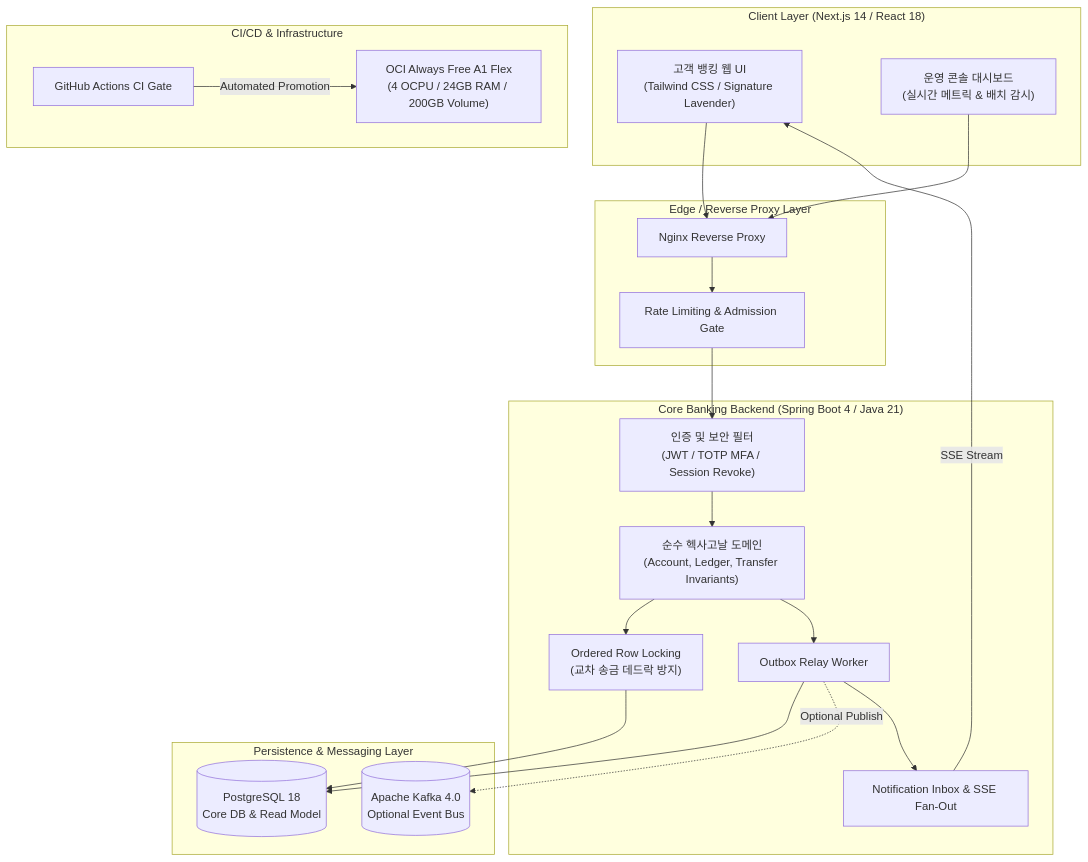
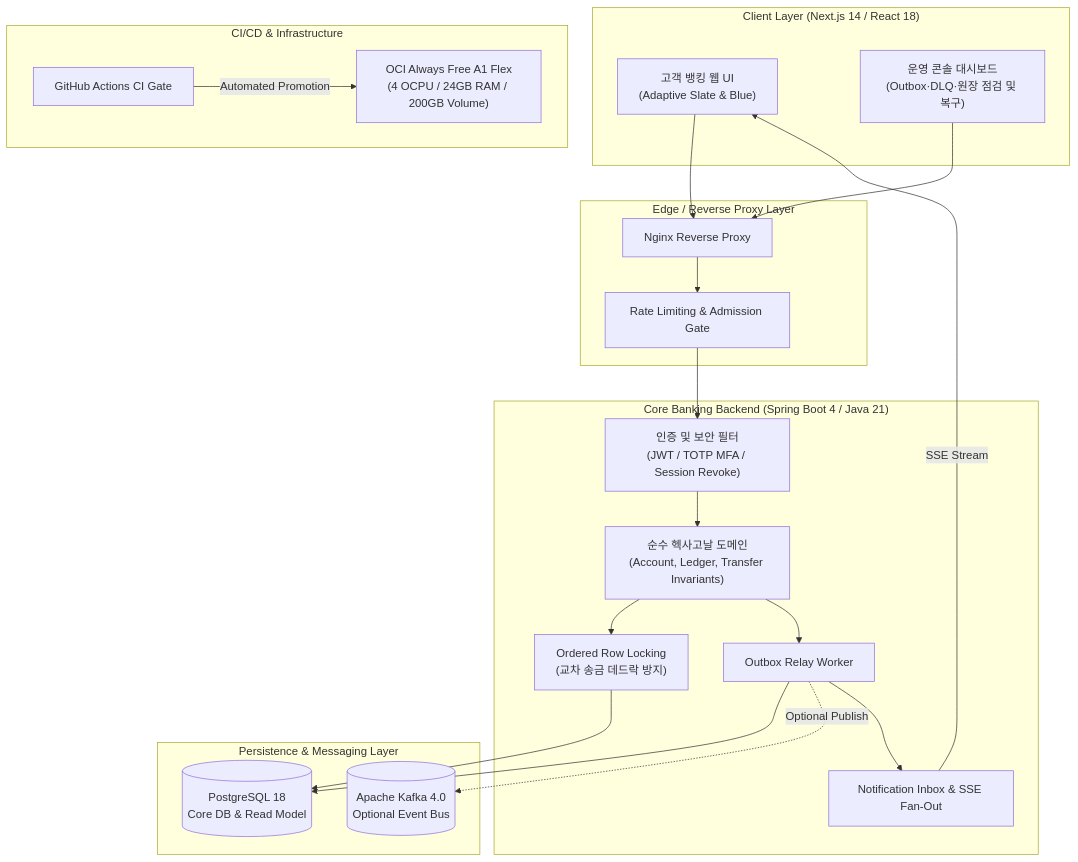
Before and after one commit to AquilaXk/aquila-bank: the first of 2 diagrams in README.md, drawn with Mermaid. The commit also changed other lines of this file and 41 other files, not shown here.

````diff
--- a/README.md
+++ b/README.md
@@ -143,44 +111,44 @@
 ```mermaid
 flowchart TD
     subgraph Client["Client Layer (Next.js 14 / React 18)"]
-        UI["고객 뱅킹 웹 UI<br/>(Tailwind CSS / Signature Lavender)"]
-        OpsUI["운영 콘솔 대시보드<br/>(실시간 메트릭 & 배치 감시)"]
+        UI["고객 뱅킹 웹 UI<br/>(Adaptive Slate & Blue)"]
+        OpsUI["운영 콘솔 대시보드<br/>(Outbox·DLQ·원장 점검 및 복구)"]
     end
 
     subgraph Edge["Edge / Reverse Proxy Layer"]
         Nginx["Nginx Reverse Proxy"]
         RateLimit["Rate Limiting & Admission Gate"]
     end
 
     subgraph Backend["Core Banking Backend (Spring Boot 4 / Java 21)"]
         Security["인증 및 보안 필터<br/>(JWT / TOTP MFA / Session Revoke)"]
         Domain["순수 헥사고날 도메인<br/>(Account, Ledger, Transfer Invariants)"]
         LockMgr["Ordered Row Locking<br/>(교차 송금 데드락 방지)"]
         OutboxWorker["Outbox Relay Worker"]
         NotificationEngine["Notification Inbox & SSE Fan-Out"]
     end
 
     subgraph Storage["Persistence & Messaging Layer"]
         DB[("PostgreSQL 18<br/>Core DB & Read Model")]
         Kafka[("Apache Kafka 4.0<br/>Optional Event Bus")]
     end
 
     subgraph DevOps["CI/CD & Infrastructure"]
         CI["GitHub Actions CI Gate"]
         OCI["OCI Always Free A1 Flex<br/>(4 OCPU / 24GB RAM / 200GB Volume)"]
     end
 
     UI --> Nginx
     OpsUI --> Nginx
     Nginx --> RateLimit
     RateLimit --> Security
     Security --> Domain
     Domain --> LockMgr
     LockMgr --> DB
     Domain --> OutboxWorker
     OutboxWorker --> DB
     OutboxWorker -.->|Optional Publish| Kafka
     OutboxWorker --> NotificationEngine
     NotificationEngine -->|SSE Stream| UI
     CI -->|Automated Promotion| OCI
 ```
````
